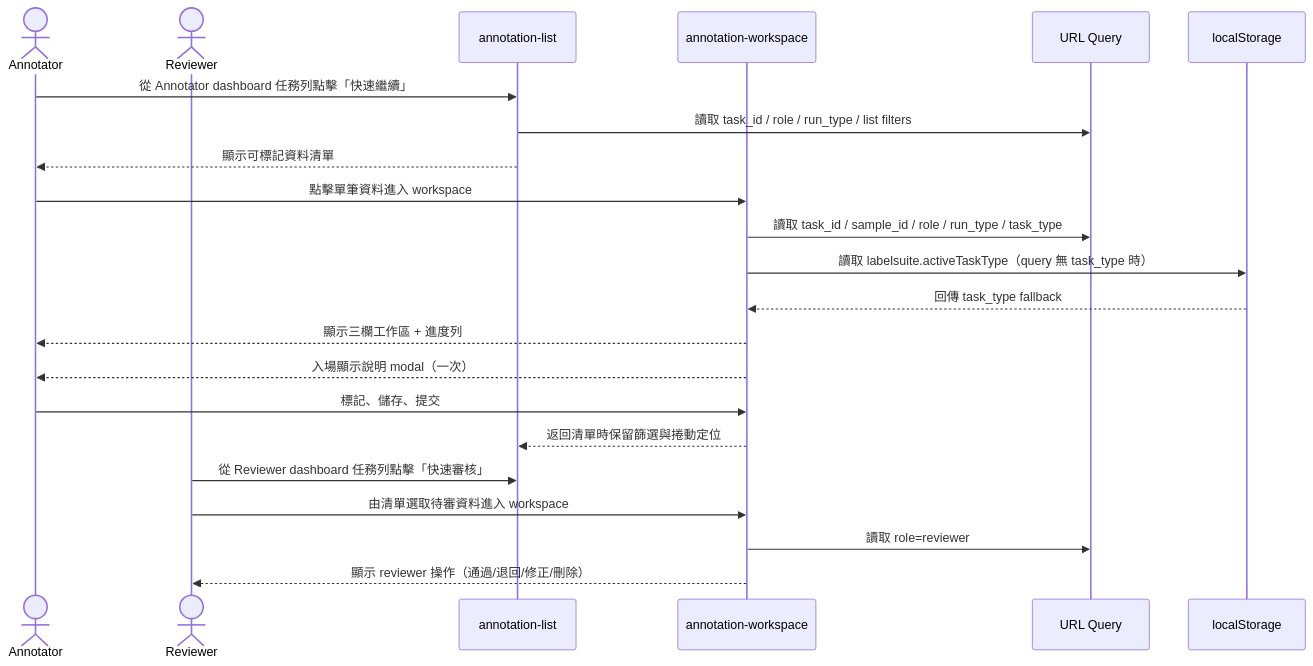
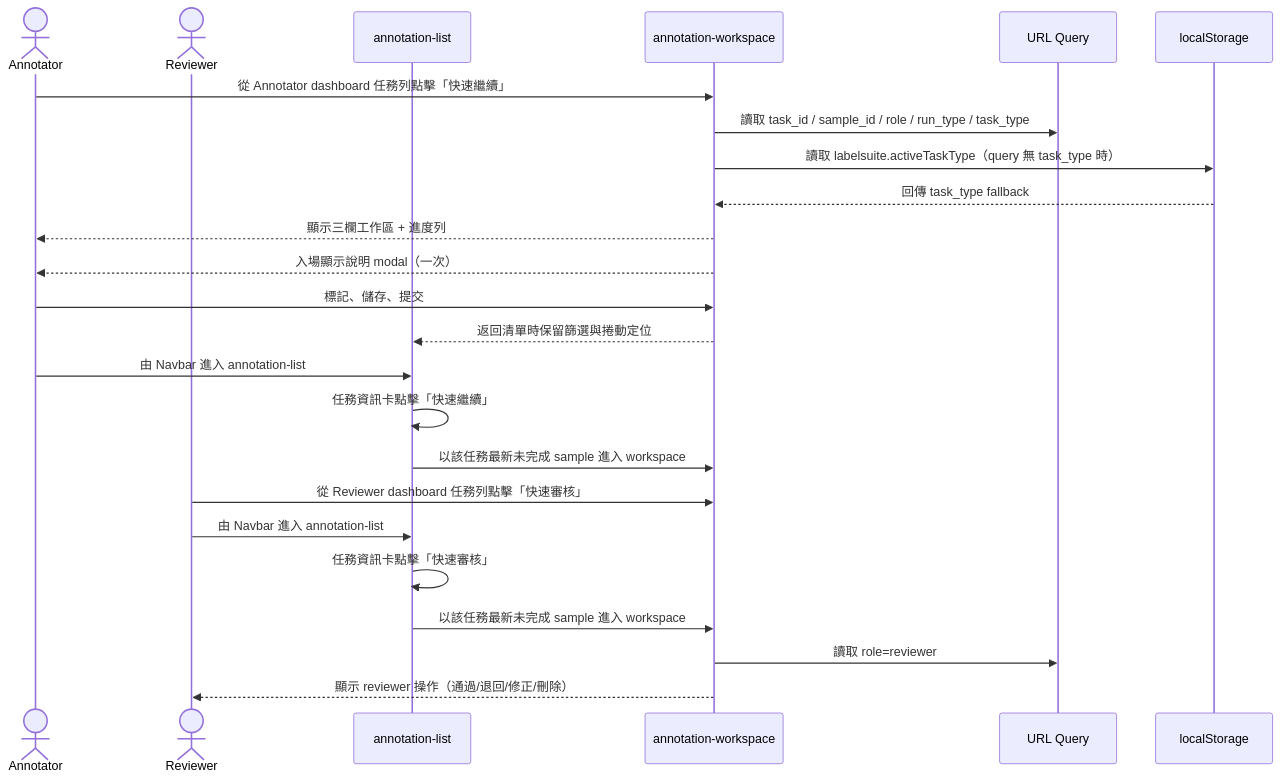
One commit to singyichen/label-suite changed the first of 2 diagrams in specs/annotation/015-annotation-workspace/spec.md. Above: the diagram before and after it, drawn with Mermaid. The commit also changed other lines of this file and 5 other files, not shown here.

Commit message:
feat: update dashboard and annotation prototype specs

````diff
--- a/specs/annotation/015-annotation-workspace/spec.md
+++ b/specs/annotation/015-annotation-workspace/spec.md
@@ -34,26 +34,28 @@
 ```mermaid
 sequenceDiagram
     actor AN as Annotator
     actor RV as Reviewer
     participant AL as annotation-list
     participant UI as annotation-workspace
     participant Query as URL Query
     participant Storage as localStorage
 
-    AN->>AL: 從 Annotator dashboard 任務列點擊「快速繼續」
-    AL->>Query: 讀取 task_id / role / run_type / list filters
-    AL-->>AN: 顯示可標記資料清單
-    AN->>UI: 點擊單筆資料進入 workspace
+    AN->>UI: 從 Annotator dashboard 任務列點擊「快速繼續」
     UI->>Query: 讀取 task_id / sample_id / role / run_type / task_type
     UI->>Storage: 讀取 labelsuite.activeTaskType（query 無 task_type 時）
     Storage-->>UI: 回傳 task_type fallback
     UI-->>AN: 顯示三欄工作區 + 進度列
     UI-->>AN: 入場顯示說明 modal（一次）
     AN->>UI: 標記、儲存、提交
     UI-->>AL: 返回清單時保留篩選與捲動定位
+    AN->>AL: 由 Navbar 進入 annotation-list
+    AL->>AL: 任務資訊卡點擊「快速繼續」
+    AL->>UI: 以該任務最新未完成 sample 進入 workspace
 
-    RV->>AL: 從 Reviewer dashboard 任務列點擊「快速審核」
-    RV->>UI: 由清單選取待審資料進入 workspace
+    RV->>UI: 從 Reviewer dashboard 任務列點擊「快速審核」
+    RV->>AL: 由 Navbar 進入 annotation-list
+    AL->>AL: 任務資訊卡點擊「快速審核」
+    AL->>UI: 以該任務最新未完成 sample 進入 workspace
     UI->>Query: 讀取 role=reviewer
     UI-->>RV: 顯示 reviewer 操作（通過/退回/修正/刪除）
 ```
````
